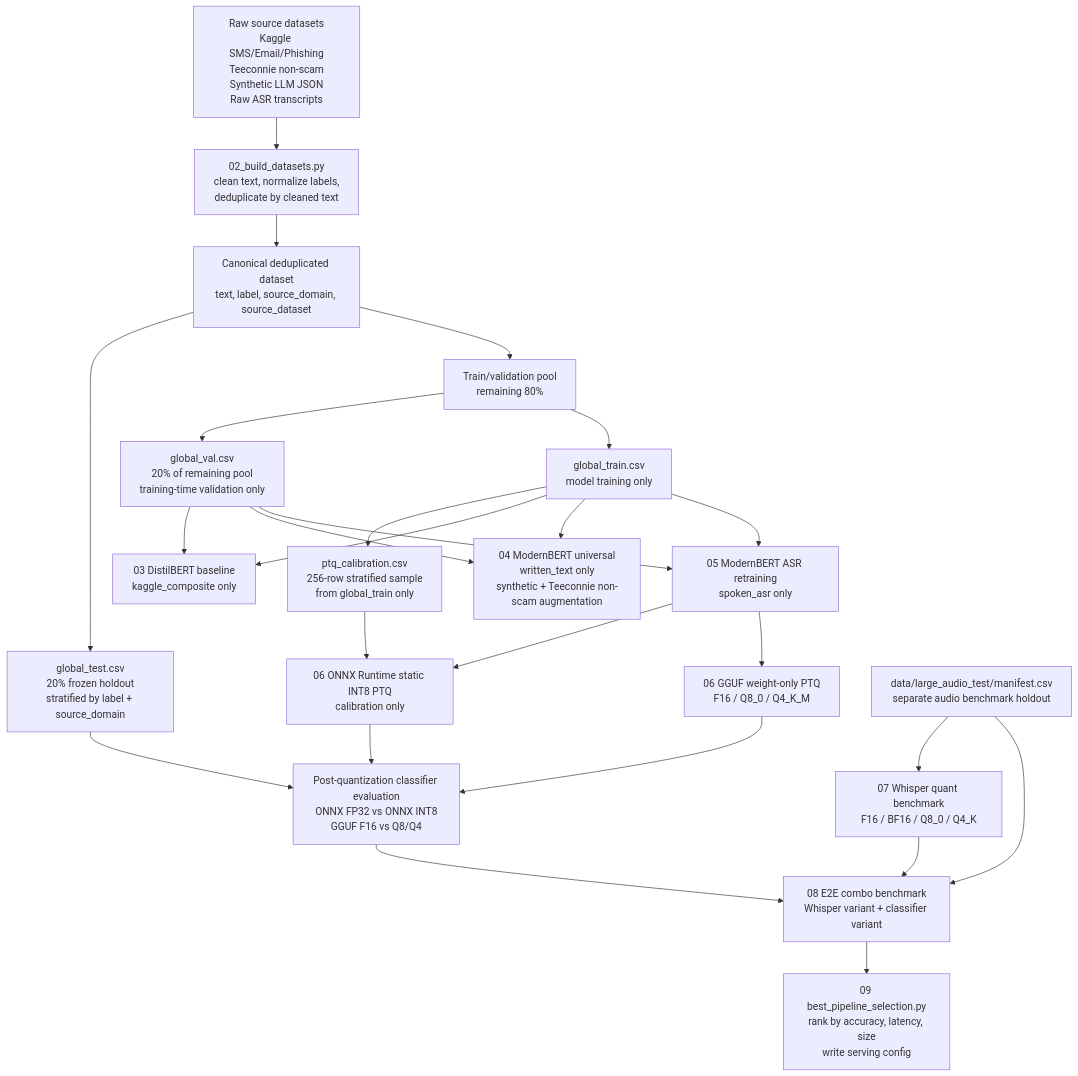
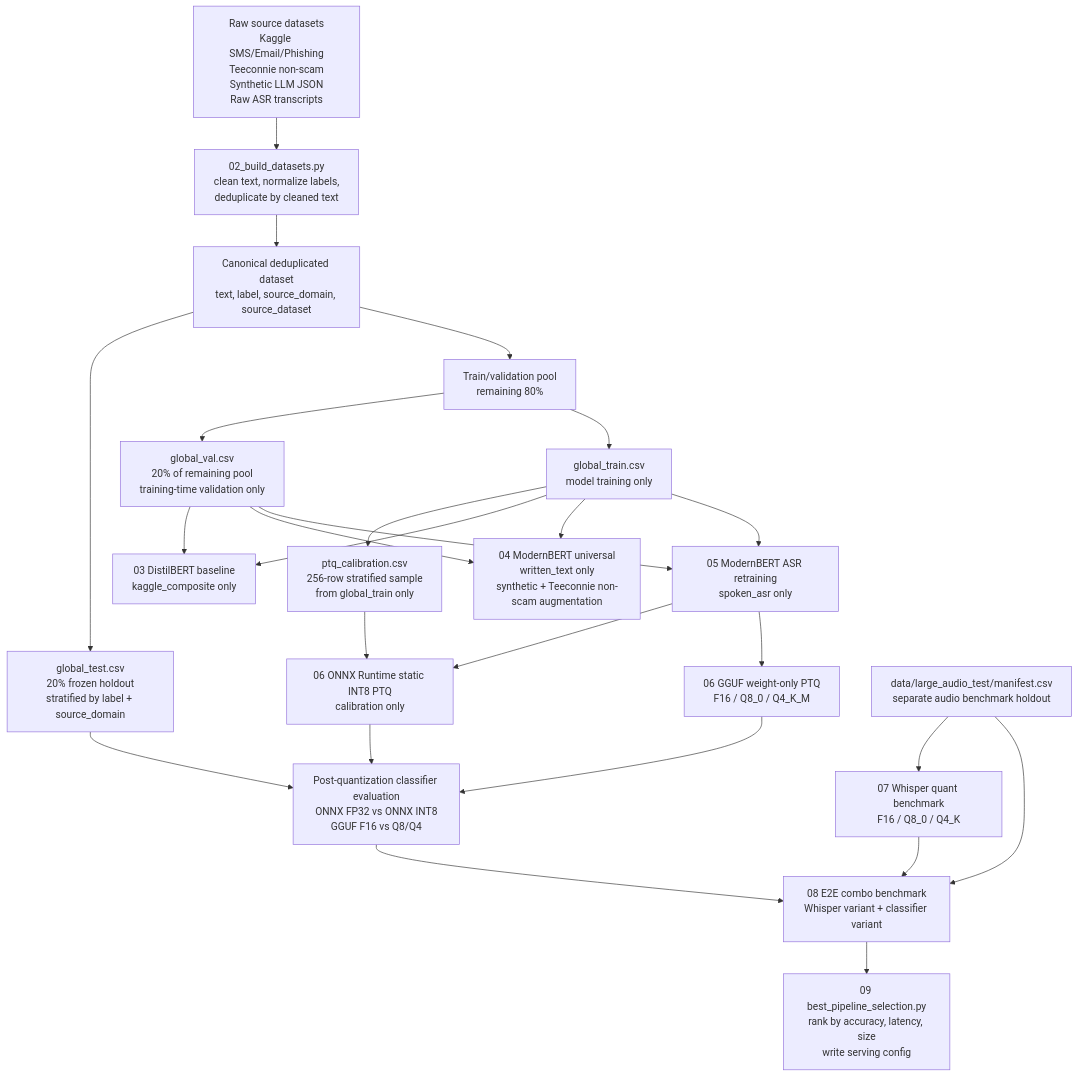
One commit to abhijithnusam2026/Machine_Learning_Spam_detection changed the diagram in docs/data_partition_flow.md. Above: the diagram before and after it, drawn with Mermaid. The commit also changed 5 other files, not shown here.

````diff
--- a/docs/data_partition_flow.md
+++ b/docs/data_partition_flow.md
@@ -5,38 +5,38 @@
 ```mermaid
 flowchart TD
     A["Raw source datasets<br/>Kaggle SMS/Email/Phishing<br/>Teeconnie non-scam<br/>Synthetic LLM JSON<br/>Raw ASR transcripts"] --> B["02_build_datasets.py<br/>clean text, normalize labels,<br/>deduplicate by cleaned text"]
 
     B --> C["Canonical deduplicated dataset<br/>text, label, source_domain, source_dataset"]
 
     C --> D["global_test.csv<br/>20% frozen holdout<br/>stratified by label + source_domain"]
     C --> E["Train/validation pool<br/>remaining 80%"]
 
     E --> F["global_val.csv<br/>20% of remaining pool<br/>training-time validation only"]
     E --> G["global_train.csv<br/>model training only"]
 
     G --> H["ptq_calibration.csv<br/>256-row stratified sample<br/>from global_train only"]
 
     G --> I["03 DistilBERT baseline<br/>kaggle_composite only"]
     F --> I
 
     G --> J["04 ModernBERT universal<br/>written_text only<br/>synthetic + Teeconnie non-scam augmentation"]
     F --> J
 
     G --> K["05 ModernBERT ASR retraining<br/>spoken_asr only"]
     F --> K
 
     H --> L["06 ONNX Runtime static INT8 PTQ<br/>calibration only"]
     K --> L
     K --> M["06 GGUF weight-only PTQ<br/>F16 / Q8_0 / Q4_K_M"]
 
     D --> N["Post-quantization classifier evaluation<br/>ONNX FP32 vs ONNX INT8<br/>GGUF F16 vs Q8/Q4"]
     L --> N
     M --> N
 
-    O["data/large_audio_test/manifest.csv<br/>separate audio benchmark holdout"] --> P["07 Whisper quant benchmark<br/>F16 / BF16 / Q8_0 / Q4_K"]
+    O["data/large_audio_test/manifest.csv<br/>separate audio benchmark holdout"] --> P["07 Whisper quant benchmark<br/>F16 / Q8_0 / Q4_K"]
     O --> Q["08 E2E combo benchmark<br/>Whisper variant + classifier variant"]
     N --> Q
     P --> Q
 
     Q --> R["09 best_pipeline_selection.py<br/>rank by accuracy, latency, size<br/>write serving config"]
 ```
````
